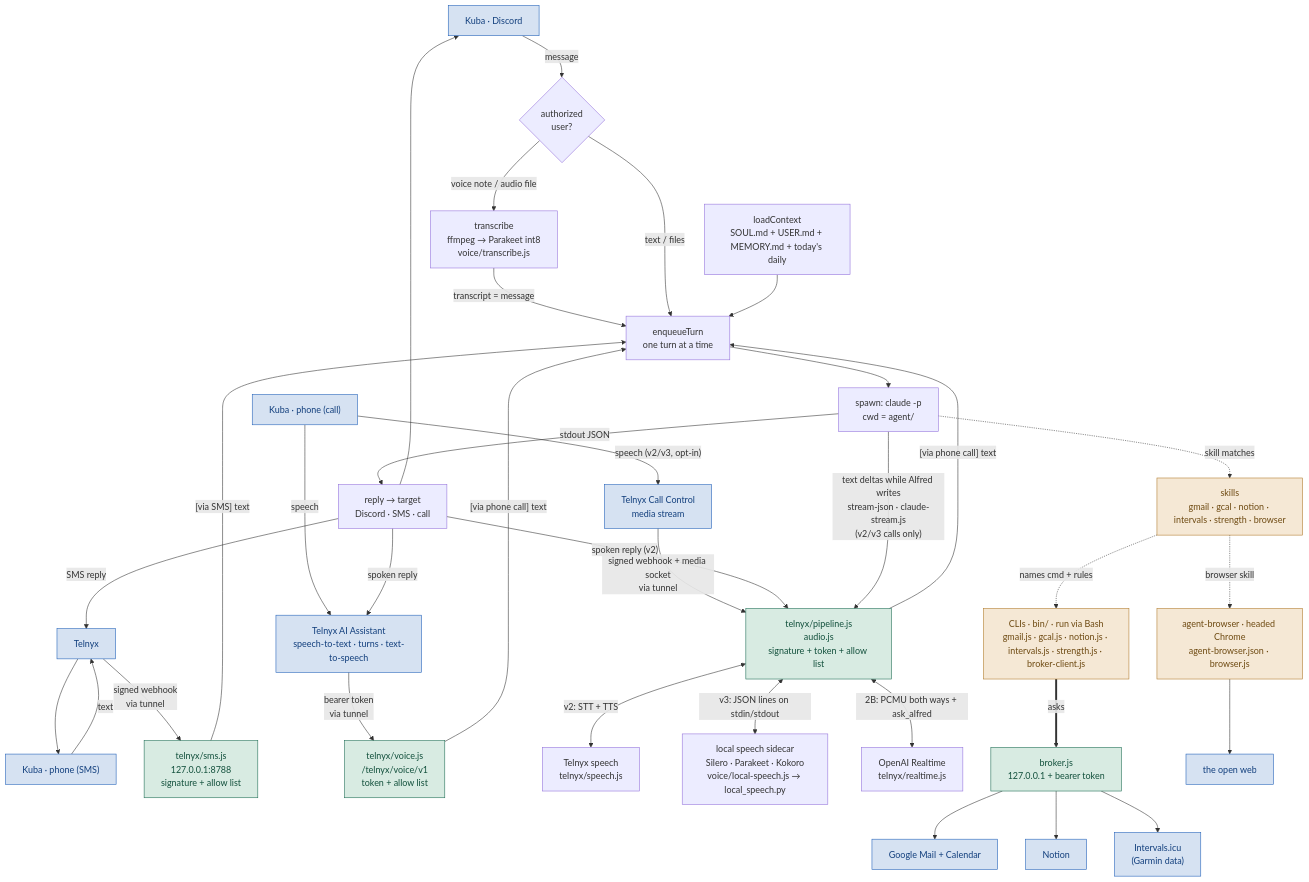
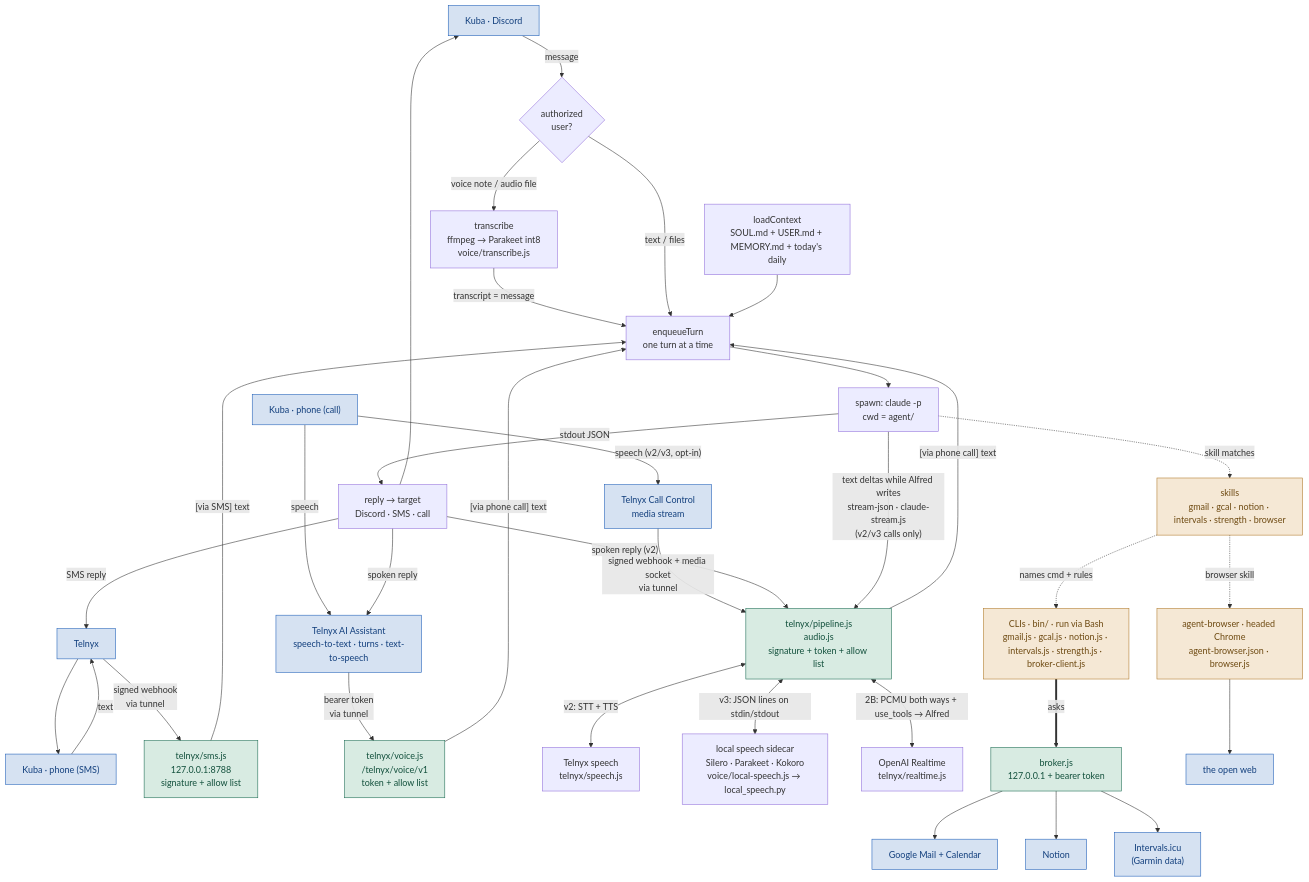
Before and after one commit to KubaJerz/alfred-node: the first of 6 diagrams in SYSTEM-MAP.md, drawn with Mermaid. The commit also changed other lines of this file and 7 other files, not shown here.

````diff
--- a/SYSTEM-MAP.md
+++ b/SYSTEM-MAP.md
@@ -57,42 +57,42 @@
 ```mermaid
 flowchart TD
     U["Kuba · Discord"] -->|message| GATE{"authorized<br/>user?"}
     GATE -->|"voice note / audio file"| TR["transcribe<br/>ffmpeg → Parakeet int8<br/>voice/transcribe.js"]
     TR -->|"transcript = message"| Q
     GATE -->|"text / files"| Q["enqueueTurn<br/>one turn at a time"]
     PH["Kuba · phone (SMS)"] -->|text| TX["Telnyx"]
     TX -->|"signed webhook<br/>via tunnel"| WH["telnyx/sms.js<br/>127.0.0.1:8788<br/>signature + allow list"]
     WH -->|"[via SMS] text"| Q
     CALL["Kuba · phone (call)"] -->|speech| VA["Telnyx AI Assistant<br/>speech-to-text · turns · text-to-speech"]
     VA -->|"bearer token<br/>via tunnel"| VR["telnyx/voice.js<br/>/telnyx/voice/v1<br/>token + allow list"]
     VR -->|"[via phone call] text"| Q
     CALL -->|"speech (v2/v3, opt-in)"| CC["Telnyx Call Control<br/>media stream"]
     CC -->|"signed webhook + media socket<br/>via tunnel"| VP["telnyx/pipeline.js<br/>audio.js<br/>signature + token + allow list"]
     VP -->|"[via phone call] text"| Q
     VP <-->|"v2: STT + TTS"| TS["Telnyx speech<br/>telnyx/speech.js"]
     VP <-->|"v3: JSON lines on stdin/stdout"| LS["local speech sidecar<br/>Silero · Parakeet · Kokoro<br/>voice/local-speech.js → local_speech.py"]
-    VP <-->|"2B: PCMU both ways + ask_alfred"| OA["OpenAI Realtime<br/>telnyx/realtime.js"]
+    VP <-->|"2B: PCMU both ways + use_tools → Alfred"| OA["OpenAI Realtime<br/>telnyx/realtime.js"]
     CTX["loadContext<br/>SOUL.md + USER.md + MEMORY.md + today's daily"] --> Q
     Q --> SPAWN["spawn: claude -p<br/>cwd = agent/"]
     SPAWN -.->|"skill matches"| SK["skills<br/>gmail · gcal · notion · intervals · strength · browser"]
     SK -.->|"names cmd + rules"| CLIS["CLIs · bin/ · run via Bash<br/>gmail.js · gcal.js · notion.js · intervals.js · strength.js · broker-client.js"]
     CLIS ==>|"asks"| BR["broker.js<br/>127.0.0.1 + bearer token"]
     BR --> G["Google Mail + Calendar"]
     BR --> N["Notion"]
     BR --> I["Intervals.icu<br/>(Garmin data)"]
     SK -.->|"browser skill"| AB["agent-browser · headed Chrome<br/>agent-browser.json · browser.js"]
     AB --> WEB["the open web"]
     SPAWN -->|"stdout JSON"| R["reply → target<br/>Discord · SMS · call"]
     R --> U
     R -->|"SMS reply"| TX
     R -->|"spoken reply"| VA
     R -->|"spoken reply (v2)"| VP
     SPAWN -->|"text deltas while Alfred writes<br/>stream-json · claude-stream.js<br/>(v2/v3 calls only)"| VP
     TX --> PH
     classDef external fill:#d6e2f2,stroke:#1f5fb8,color:#123f7d
     classDef gateway fill:#d8ebe2,stroke:#1b6b52,color:#12503c
     classDef stack fill:#f5e8d5,stroke:#b07a2a,color:#6e4a12
     class U,G,N,I,WEB,PH,TX,CALL,VA,CC external
     class BR,WH,VR,VP gateway
     class SK,CLIS,AB stack
 ```
````
